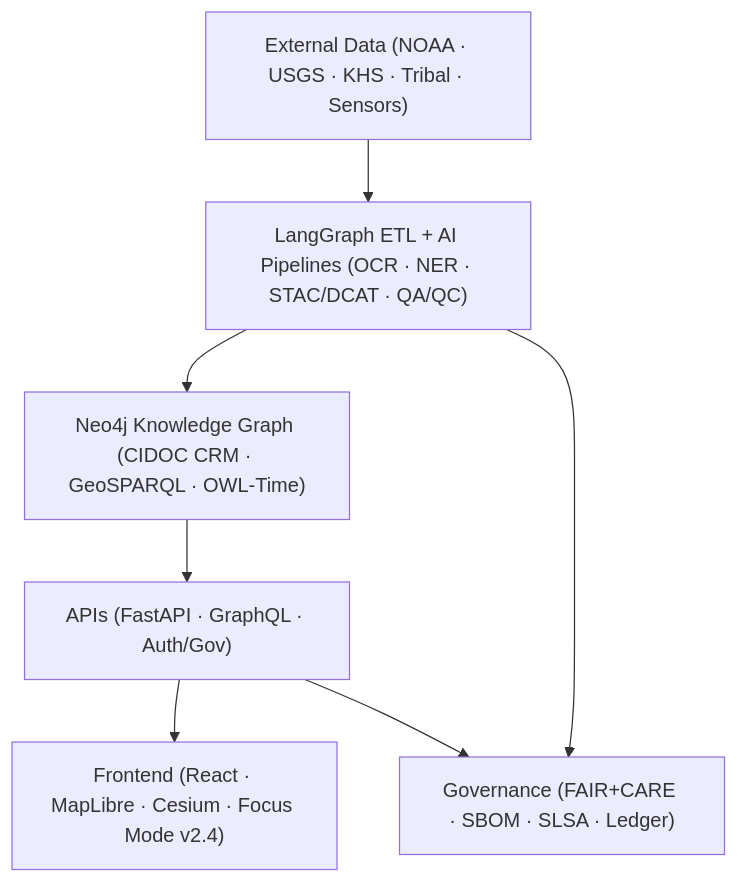
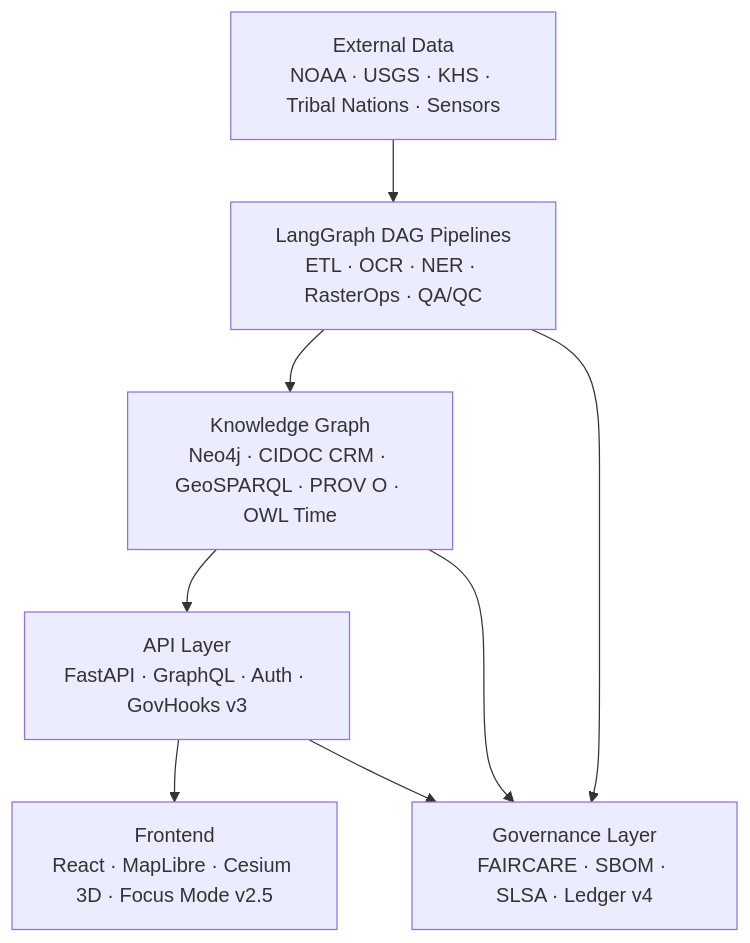
One commit to bartytime4life/Kansas-Frontier-Matrix changed the diagram in README.md. Above: the diagram before and after it, drawn with Mermaid. The commit also changed other lines of this file, not shown here.

````diff
--- a/README.md
+++ b/README.md
@@ -82,13 +96,10 @@
-~~~~~mermaid
+```mermaid
 flowchart TD
-  A["External Data (NOAA · USGS · KHS · Tribal · Sensors)"]
-  B["LangGraph ETL + AI Pipelines (OCR · NER · STAC/DCAT · QA/QC)"]
-  C["Neo4j Knowledge Graph (CIDOC CRM · GeoSPARQL · OWL-Time)"]
-  D["APIs (FastAPI · GraphQL · Auth/Gov)"]
-  E["Frontend (React · MapLibre · Cesium · Focus Mode v2.4)"]
-  F["Governance (FAIR+CARE · SBOM · SLSA · Ledger)"]
-
-  A --> B --> C --> D --> E
-  B --> F
+  A[External Data<br/>NOAA · USGS · KHS · Tribal Nations · Sensors] --> B[LangGraph DAG Pipelines<br/>ETL · OCR · NER · RasterOps · QA/QC]
+  B --> C[Knowledge Graph<br/>Neo4j · CIDOC CRM · GeoSPARQL · PROV O · OWL Time]
+  C --> D[API Layer<br/>FastAPI · GraphQL · Auth · GovHooks v3]
+  D --> E[Frontend<br/>React · MapLibre · Cesium 3D · Focus Mode v2.5]
+  B --> F[Governance Layer<br/>FAIRCARE · SBOM · SLSA · Ledger v4]
   D --> F
-~~~~~
+  C --> F
+```
````
